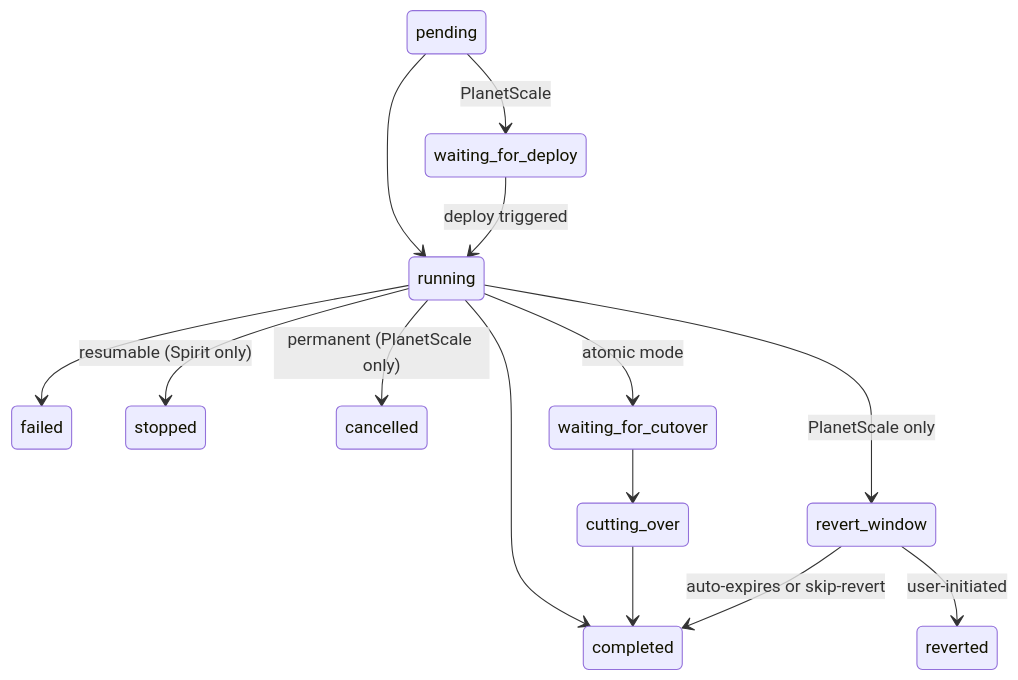
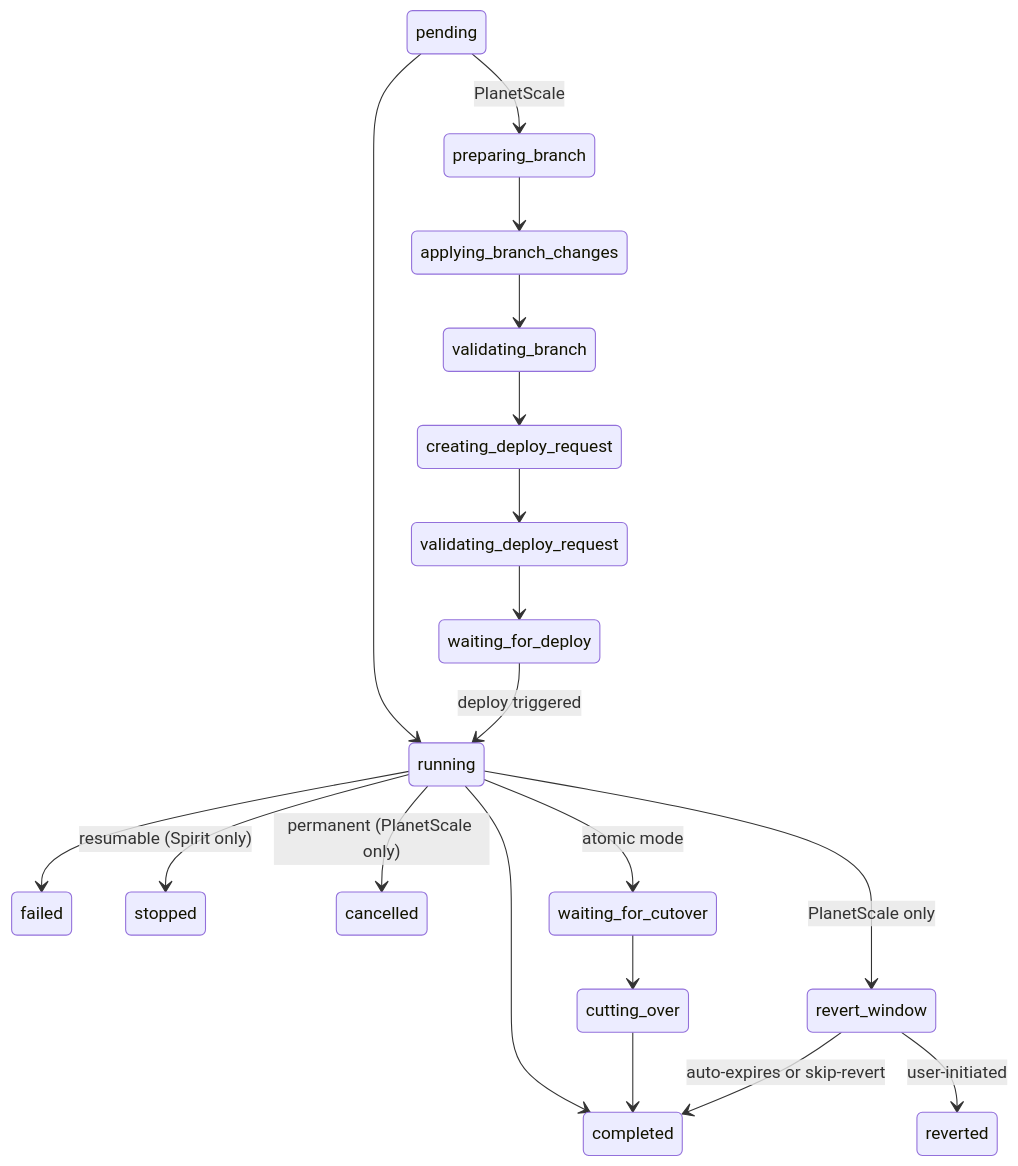
One commit to block/schemabot changed the first of 3 diagrams in pkg/state/README.md. Above: the diagram before and after it, drawn with Mermaid. The commit also changed other lines of this file and 27 other files, not shown here.

Commit message:
fix(vitess): PlanetScale validation retries, instant DDL, and TUI improvements (#60)

````diff
--- a/pkg/state/README.md
+++ b/pkg/state/README.md
@@ -31,18 +33,23 @@
 ```mermaid
 stateDiagram-v2
     pending --> running
-    pending --> waiting_for_deploy : PlanetScale
+    pending --> preparing_branch : PlanetScale
+    preparing_branch --> applying_branch_changes
+    applying_branch_changes --> validating_branch
+    validating_branch --> creating_deploy_request
+    creating_deploy_request --> validating_deploy_request
+    validating_deploy_request --> waiting_for_deploy
     waiting_for_deploy --> running : deploy triggered
     running --> completed
     running --> failed
     running --> stopped : resumable (Spirit only)
     running --> cancelled : permanent (PlanetScale only)
     running --> waiting_for_cutover : atomic mode
     running --> revert_window : PlanetScale only
 
     waiting_for_cutover --> cutting_over
     cutting_over --> completed
 
     revert_window --> completed : auto-expires or skip-revert
     revert_window --> reverted : user-initiated
 ```
````
